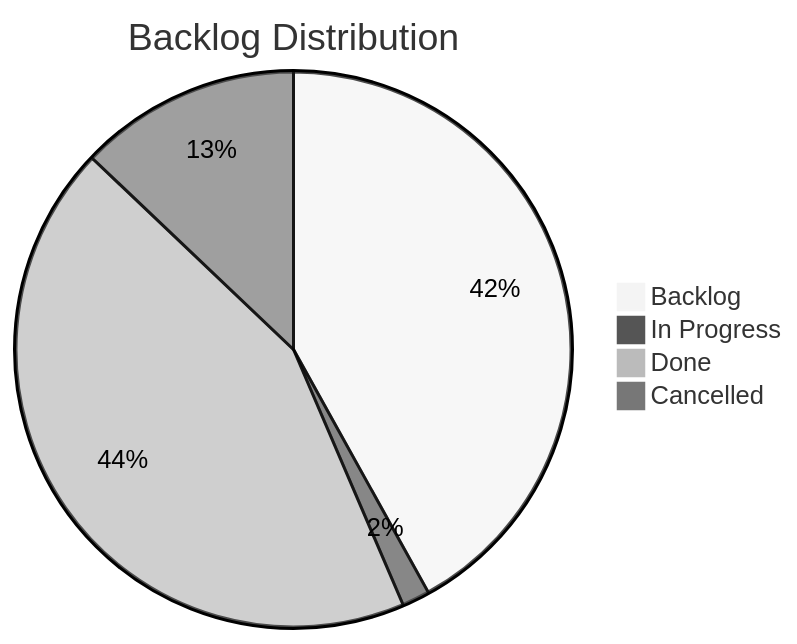
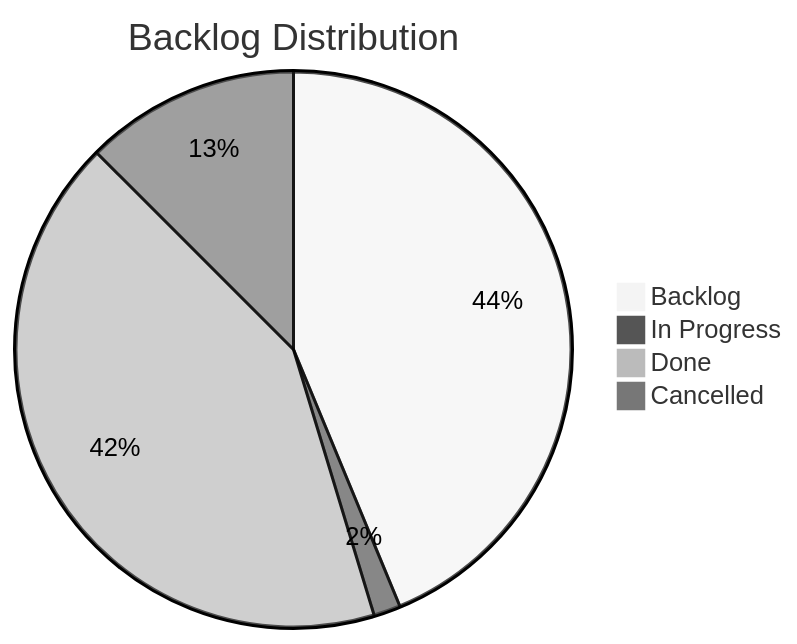
Before and after one commit to TheCodeCreature/Hytale-Example-Plugin: the diagram in docs/board.md, drawn with Mermaid (neutral theme). The commit also changed other lines of this file and 15 other files, not shown here.

````diff
--- a/docs/board.md
+++ b/docs/board.md
@@ -7,7 +7,7 @@
 ```mermaid
 pie title Backlog Distribution
-    "Backlog" : 26
+    "Backlog" : 28
     "In Progress" : 1
     "Done" : 27
     "Cancelled" : 8
 ```
````
